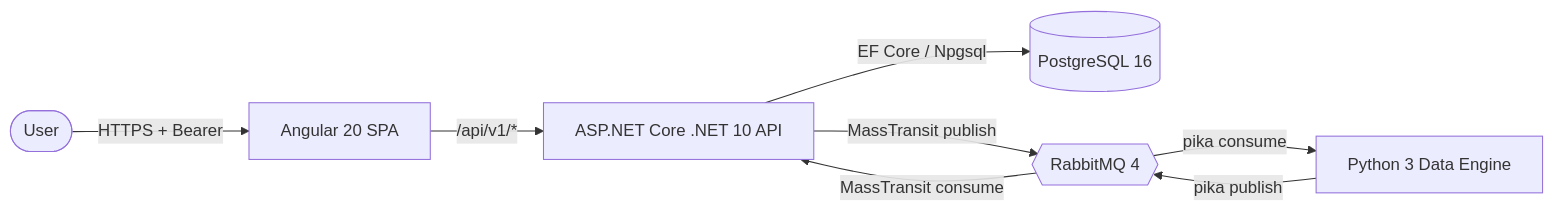
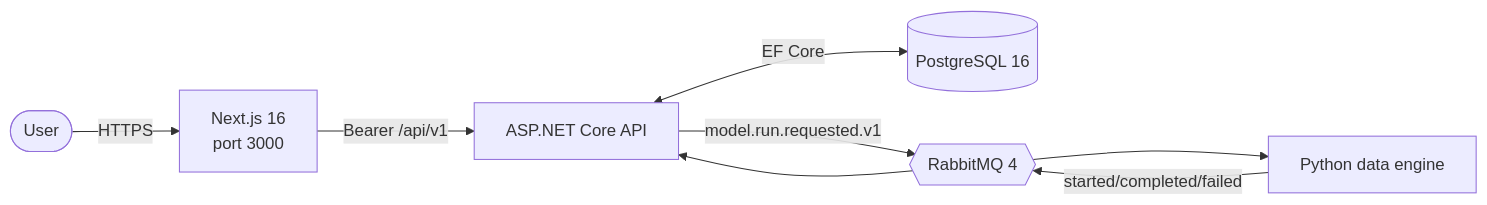
The diagram in README.md (awpala/enterprise-app), drawn with Mermaid before and after one commit. The commit also changed other lines of this file and 331 other files, not shown here.

````diff
--- a/README.md
+++ b/README.md
@@ -9,10 +7,10 @@
 ```mermaid
 flowchart LR
-    user([User]) -->|HTTPS + Bearer| ui[Angular 20 SPA]
-    ui -->|/api/v1/*| api[ASP.NET Core .NET 10 API]
-    api -->|EF Core / Npgsql| db[(PostgreSQL 16)]
-    api -->|MassTransit publish| mq{{RabbitMQ 4}}
-    mq -->|pika consume| de[Python 3 Data Engine]
-    de -->|pika publish| mq
-    mq -->|MassTransit consume| api
+    user([User]) -->|HTTPS| ui[Next.js 16<br/>port 3000]
+    ui -->|Bearer /api/v1| api[ASP.NET Core API]
+    api <-->|EF Core| db[(PostgreSQL 16)]
+    api -->|model.run.requested.v1| mq{{RabbitMQ 4}}
+    mq --> worker[Python data engine]
+    worker -->|started/completed/failed| mq
+    mq --> api
 ```
````
